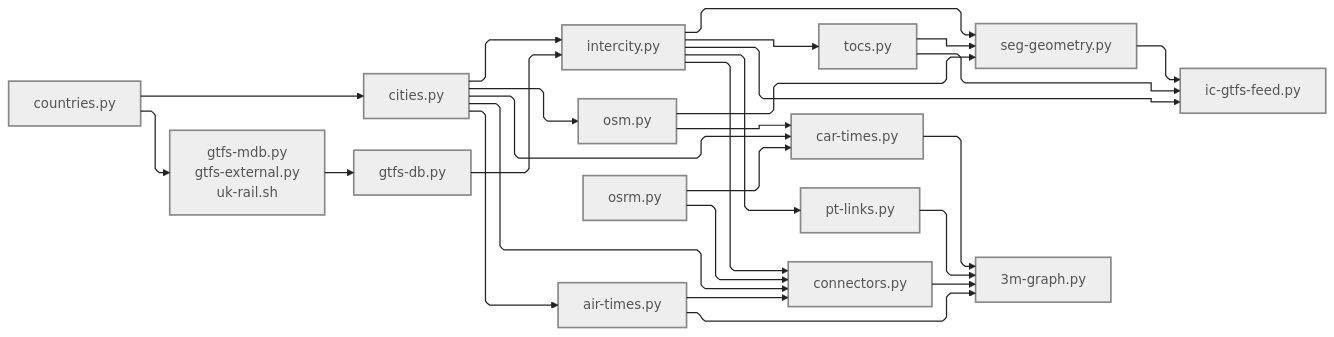
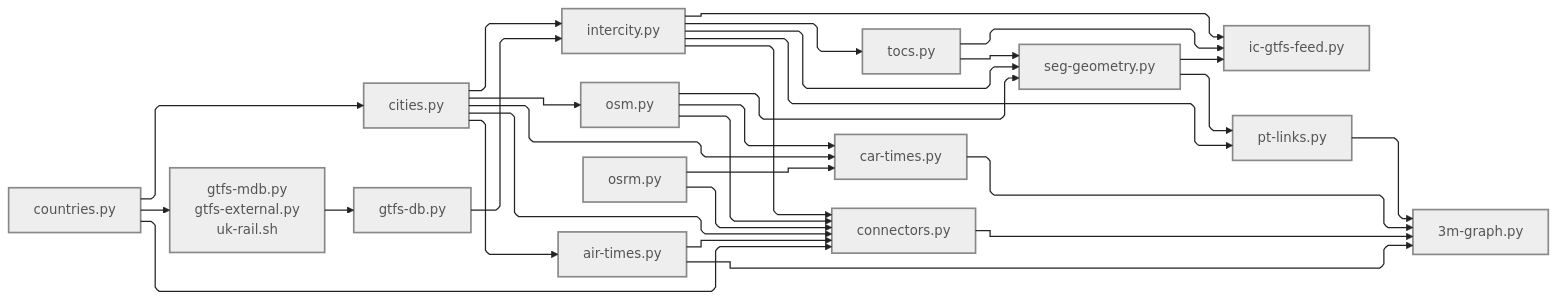
Before and after one commit to rvanxer/3MARS-WP2: the diagram in README.md, drawn with Mermaid. The commit also changed other lines of this file, not shown here.

````diff
--- a/README.md
+++ b/README.md
@@ -84,72 +104,75 @@
 ```mermaid
 ---
 config:
   layout: elk
   elk:
     nodePlacementStrategy: LINEAR_SEGMENTS
     mergeEdges: false
   flowchart:
     curve: linear
     nodeSpacing: 35
     rankSpacing: 70
   themeCSS: |
     .arrowMarkerPath {
       transform: scale(0.65);
       transform-origin: center;
     }
 ---
 flowchart LR
     countries["countries.py"]
     cities["cities.py"]
     gtfsSources["gtfs-mdb.py<br/>gtfs-external.py<br/>uk-rail.sh"]
     gtfsDb["gtfs-db.py"]
     intercity["intercity.py"]
     tocs["tocs.py"]
     osm["osm.py"]
     osrm["osrm.py"]
     segGeometry["seg-geometry.py"]
     icGtfsFeed["ic-gtfs-feed.py"]
     carTimes["car-times.py"]
     airTimes["air-times.py"]
     ptLinks["pt-links.py"]
     connectors["connectors.py"]
     m3graph["3m-graph.py"]
 
     countries --> cities
     countries --> gtfsSources
 
     gtfsSources --> gtfsDb
     gtfsDb --> intercity
 
     cities --> intercity
     cities --> osm
     cities --> carTimes
     cities --> airTimes
     cities --> connectors
 
     osm --> segGeometry
     osm --> carTimes
 
     intercity --> tocs
     intercity --> segGeometry
     intercity --> icGtfsFeed
     intercity --> ptLinks
     intercity --> connectors
 
     tocs --> segGeometry
     tocs --> icGtfsFeed
     segGeometry --> icGtfsFeed
+    segGeometry --> ptLinks
 
     osrm --> carTimes
     osrm --> connectors
 
     airTimes --> connectors
     airTimes --> m3graph
     carTimes --> m3graph
     ptLinks --> m3graph
     connectors --> m3graph
+    countries --> connectors
+    osm --> connectors
 
     classDef module fill:#eee,stroke:#888,stroke-width:2px,color:#555;
     class countries,cities,gtfsSources,gtfsDb,intercity,tocs,osm,osrm,segGeometry,icGtfsFeed,carTimes,airTimes,ptLinks,connectors,m3graph module;
     linkStyle default stroke:#222,stroke-width:1.5px;
 ```
````
